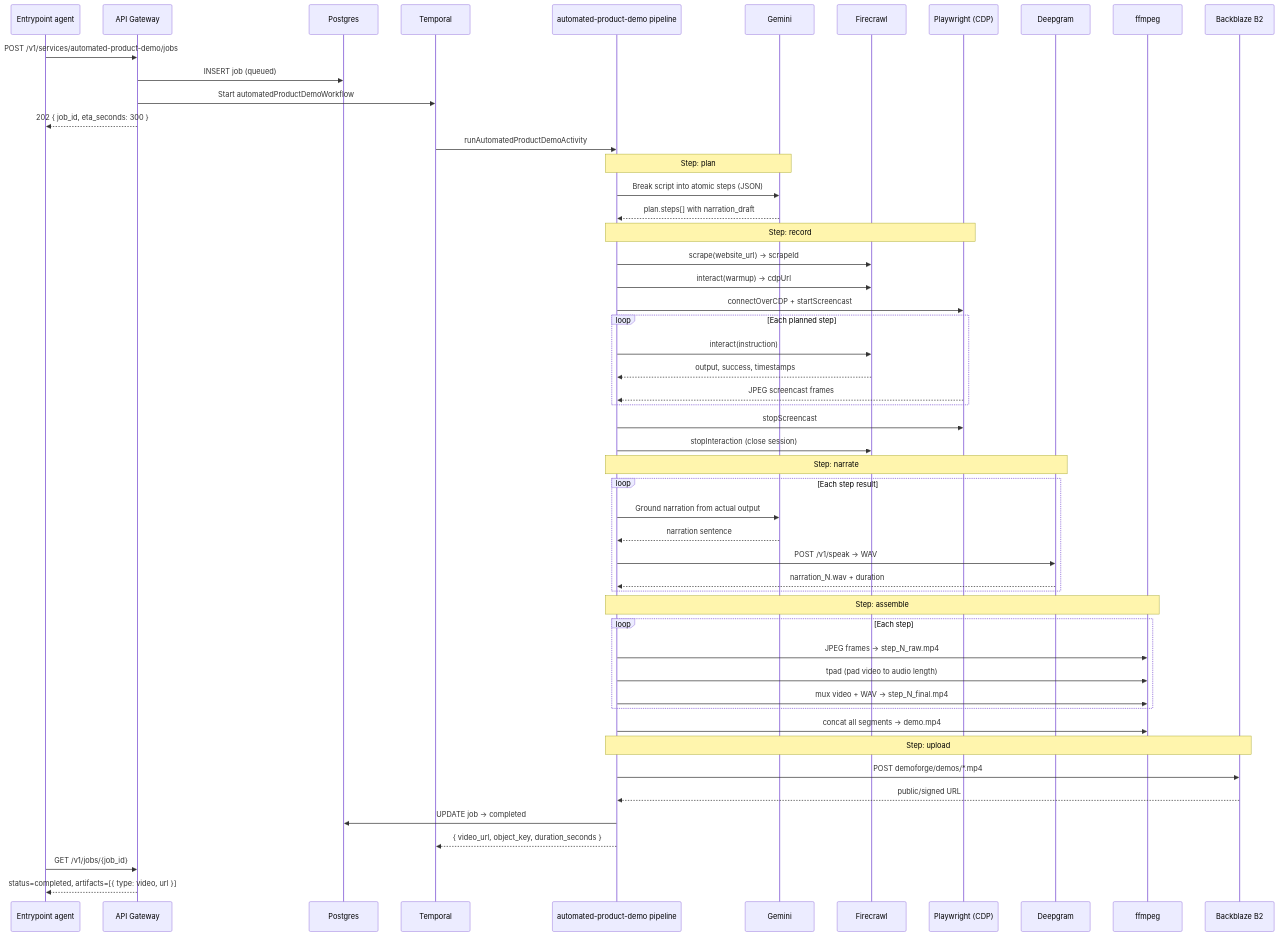
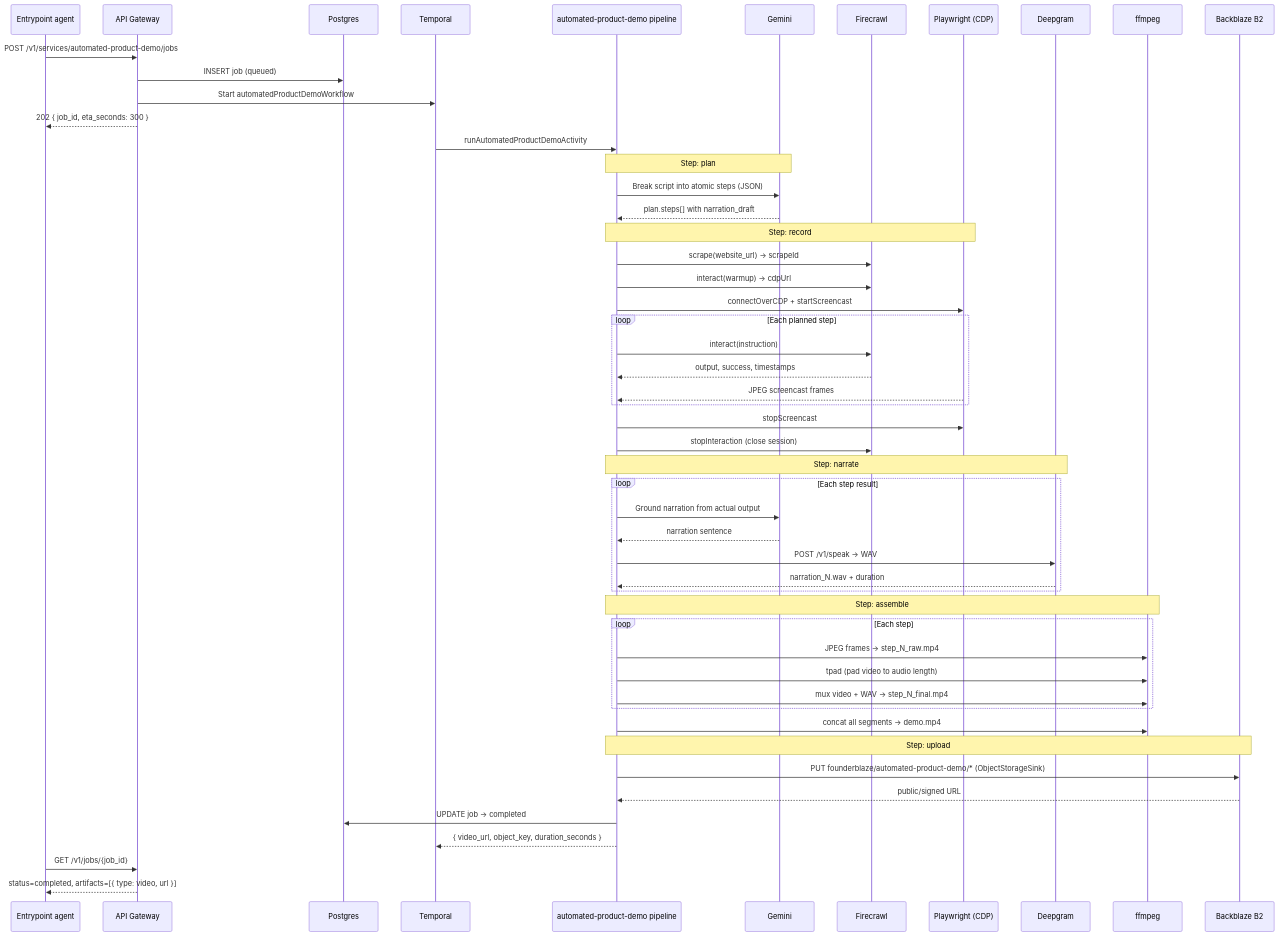
The fifth of 14 diagrams in README.md (Marshal-AM/founderblaze), drawn with Mermaid before and after one commit. The commit also changed other lines of this file, not shown here.

````diff
--- a/README.md
+++ b/README.md
@@ -909,64 +882,64 @@
 ```mermaid
 sequenceDiagram
     participant Agent as Calling Agent
     participant GW as API Gateway
     participant Agent as Entrypoint agent
     participant DB as Postgres
     participant T as Temporal
     participant APD as automated-product-demo pipeline
     participant GM as Gemini
     participant FC as Firecrawl
     participant PW as Playwright (CDP)
     participant DG as Deepgram
     participant FF as ffmpeg
     participant SB as Backblaze B2
 
     Agent->>GW: POST /v1/services/automated-product-demo/jobs
         GW->>DB: INSERT job (queued)
     GW->>T: Start automatedProductDemoWorkflow
     GW-->>Agent: 202 { job_id, eta_seconds: 300 }
 
     T->>APD: runAutomatedProductDemoActivity
 
     Note over APD,GM: Step: plan
     APD->>GM: Break script into atomic steps (JSON)
     GM-->>APD: plan.steps[] with narration_draft
 
     Note over APD,PW: Step: record
     APD->>FC: scrape(website_url) → scrapeId
     APD->>FC: interact(warmup) → cdpUrl
     APD->>PW: connectOverCDP + startScreencast
     loop Each planned step
         APD->>FC: interact(instruction)
         FC-->>APD: output, success, timestamps
         PW-->>APD: JPEG screencast frames
     end
     APD->>PW: stopScreencast
     APD->>FC: stopInteraction (close session)
 
     Note over APD,DG: Step: narrate
     loop Each step result
         APD->>GM: Ground narration from actual output
         GM-->>APD: narration sentence
         APD->>DG: POST /v1/speak → WAV
         DG-->>APD: narration_N.wav + duration
     end
 
     Note over APD,FF: Step: assemble
     loop Each step
         APD->>FF: JPEG frames → step_N_raw.mp4
         APD->>FF: tpad (pad video to audio length)
         APD->>FF: mux video + WAV → step_N_final.mp4
     end
     APD->>FF: concat all segments → demo.mp4
 
     Note over APD,SB: Step: upload
-    APD->>SB: POST demoforge/demos/*.mp4
+    APD->>SB: PUT founderblaze/automated-product-demo/* (ObjectStorageSink)
     SB-->>APD: public/signed URL
 
     APD->>DB: UPDATE job → completed
     APD-->>T: { video_url, object_key, duration_seconds }
 
     Agent->>GW: GET /v1/jobs/{job_id}
     GW-->>Agent: status=completed, artifacts=[{ type: video, url }]
 ```
````
